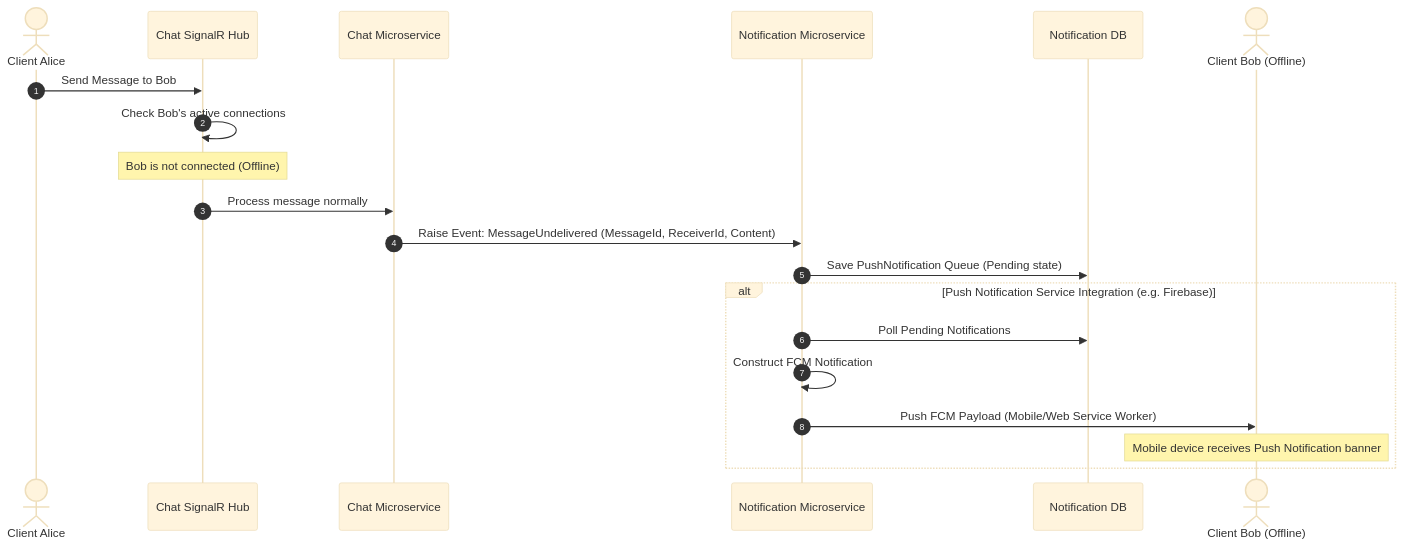
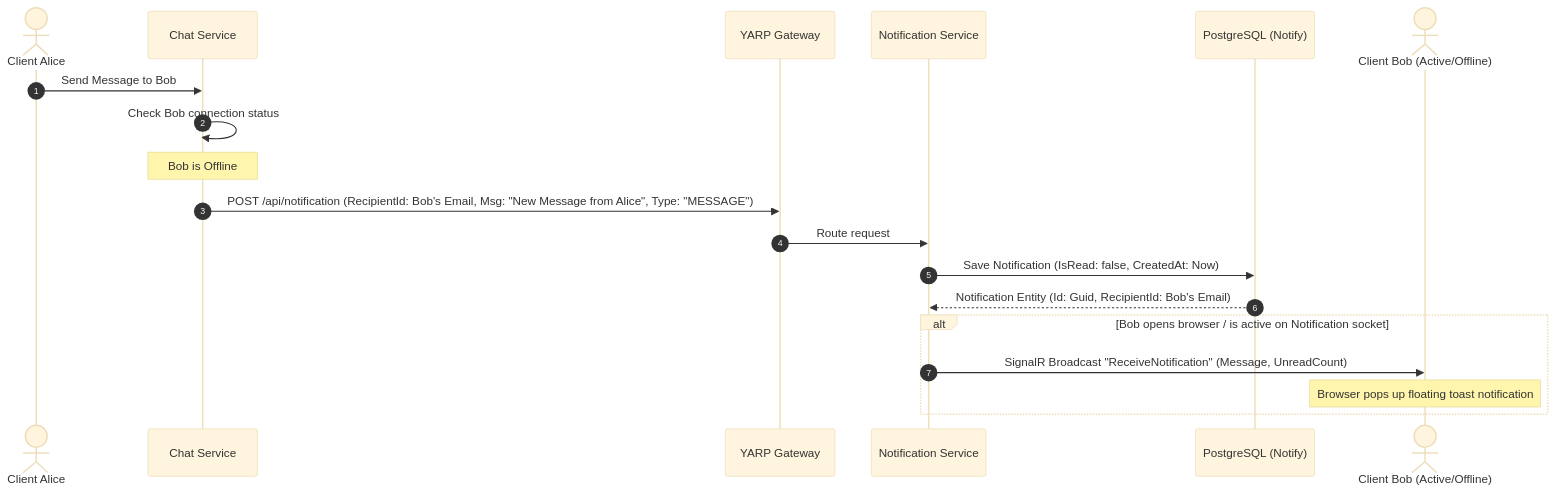
Before and after one commit to Abhishekmaheshwari123/Real_Time_Chat_Application: the fourth of 6 diagrams in README.md, drawn with Mermaid (base theme). The commit also changed other lines of this file, not shown here.

````diff
--- a/README.md
+++ b/README.md
@@ -157,24 +189,23 @@
 ```mermaid
 sequenceDiagram
     autonumber
     actor Alice as Client Alice
-    participant ChatHub as Chat SignalR Hub
-    participant ChatAPI as Chat Microservice
-    participant Notify as Notification Microservice
-    participant NotifyDB as Notification DB
-    actor Bob as Client Bob (Offline)
+    participant Chat as Chat Service
+    participant Gateway as YARP Gateway
+    participant Notify as Notification Service
+    participant NotifyDB as PostgreSQL (Notify)
+    actor Bob as Client Bob (Active/Offline)
 
-    Alice->>ChatHub: Send Message to Bob
-    ChatHub->>ChatHub: Check Bob's active connections
-    Note over ChatHub: Bob is not connected (Offline)
-    ChatHub->>ChatAPI: Process message normally
-    ChatAPI->>Notify: Raise Event: MessageUndelivered (MessageId, ReceiverId, Content)
-    Notify->>NotifyDB: Save PushNotification Queue (Pending state)
+    Alice->>Chat: Send Message to Bob
+    Chat->>Chat: Check Bob connection status
+    Note over Chat: Bob is Offline
+    Chat->>Gateway: POST /api/notification (RecipientId: Bob's Email, Msg: "New Message from Alice", Type: "MESSAGE")
+    Gateway->>Notify: Route request
+    Notify->>NotifyDB: Save Notification (IsRead: false, CreatedAt: Now)
+    NotifyDB-->>Notify: Notification Entity (Id: Guid, RecipientId: Bob's Email)
     
-    alt Push Notification Service Integration (e.g. Firebase)
-        Notify->>NotifyDB: Poll Pending Notifications
-        Notify->>Notify: Construct FCM Notification
-        Notify->>Bob: Push FCM Payload (Mobile/Web Service Worker)
-        Note over Bob: Mobile device receives Push Notification banner
+    alt Bob opens browser / is active on Notification socket
+        Notify->>Bob: SignalR Broadcast "ReceiveNotification" (Message, UnreadCount)
+        Note over Bob: Browser pops up floating toast notification
     end
 ```
````
